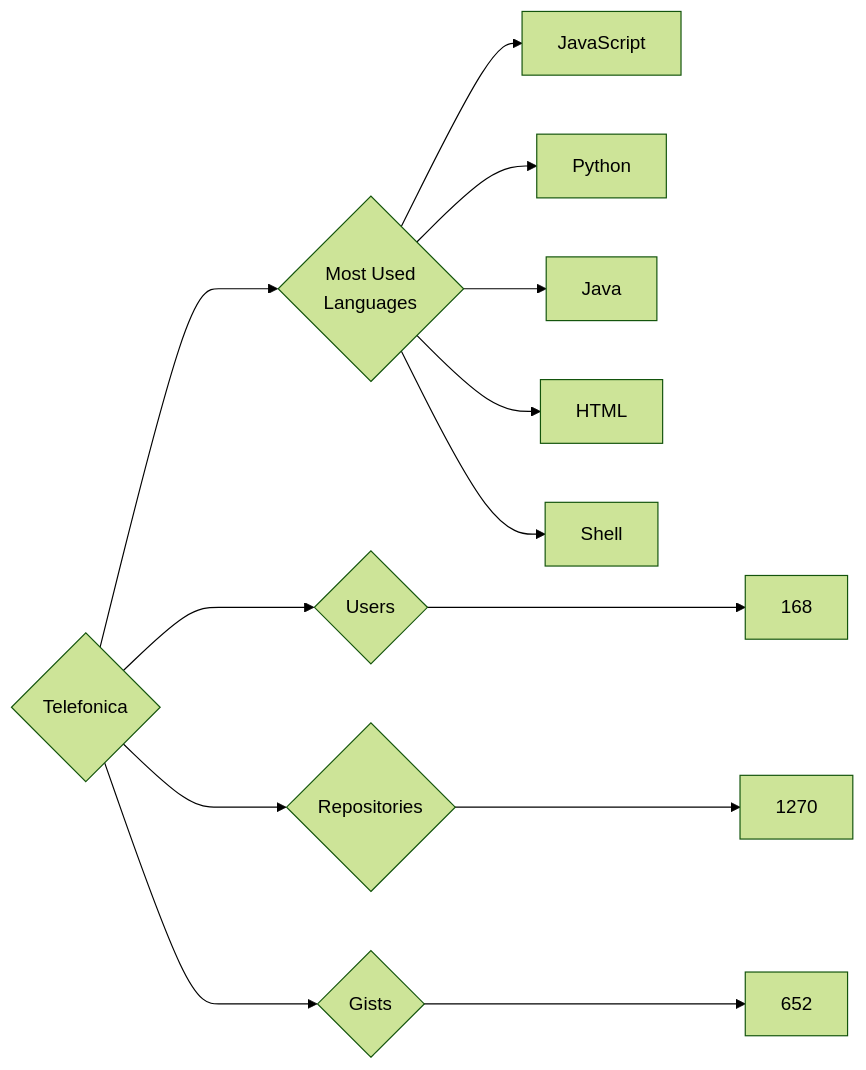
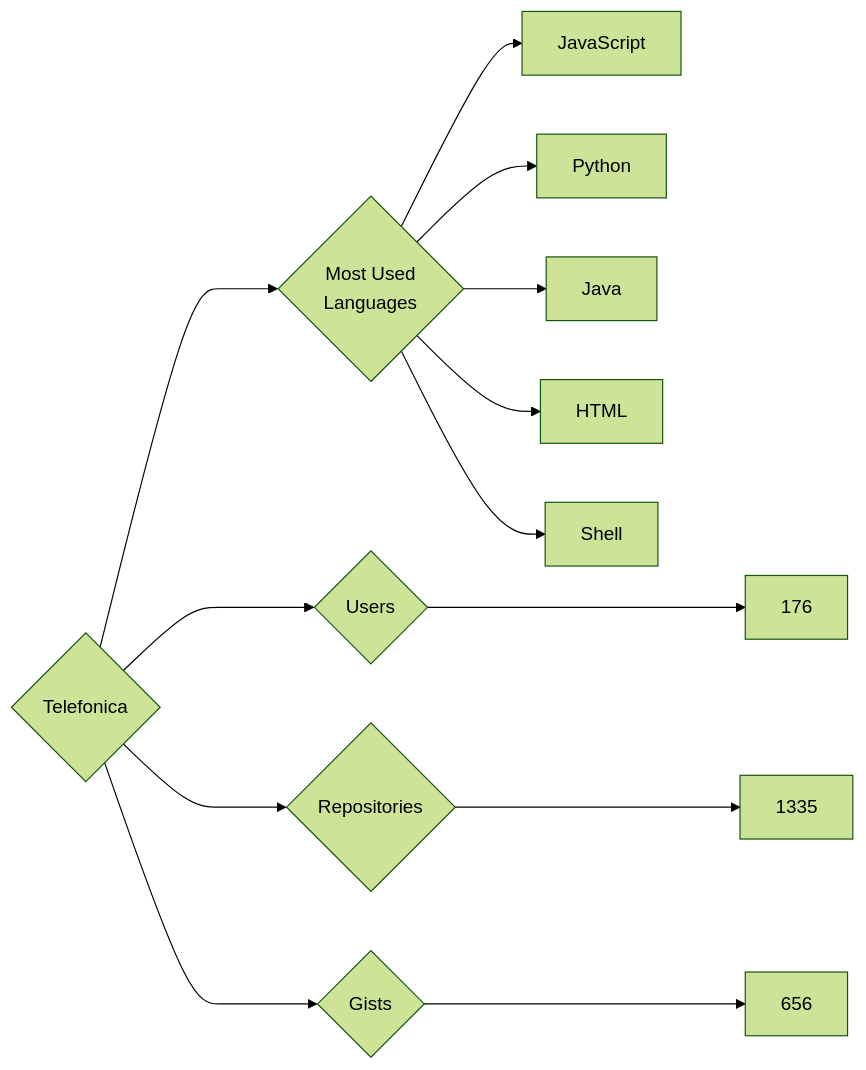
Before and after one commit to trickest/insiders: the diagram in targets/Telefonica/README.md, drawn with Mermaid (forest theme). The commit also changed 715 other files, not shown here.

````diff
--- a/targets/Telefonica/README.md
+++ b/targets/Telefonica/README.md
@@ -3,13 +3,13 @@
 ```mermaid
 graph LR
 COMPANY_NAME{Telefonica}
-COMPANY_NAME ---> U{Users} ---> UN[168]
-COMPANY_NAME ---> R{Repositories} ---> RN[1270]
-COMPANY_NAME ---> G{Gists} ---> GN[652]
+COMPANY_NAME ---> U{Users} ---> UN[176]
+COMPANY_NAME ---> R{Repositories} ---> RN[1335]
+COMPANY_NAME ---> G{Gists} ---> GN[656]
 COMPANY_NAME ---> ML{Most Used<br>Languages}
 ML --> JavaScript[JavaScript]
 ML --> Python[Python]
 ML --> Java[Java]
 ML --> HTML[HTML]
 ML --> Shell[Shell]
 ```
````
